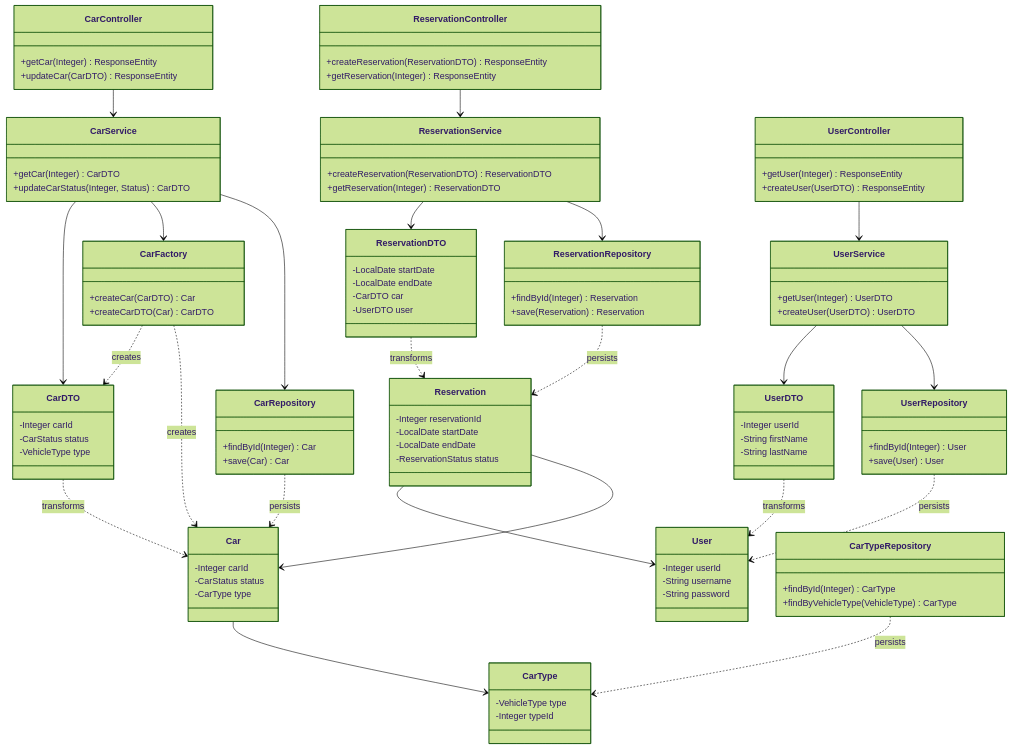
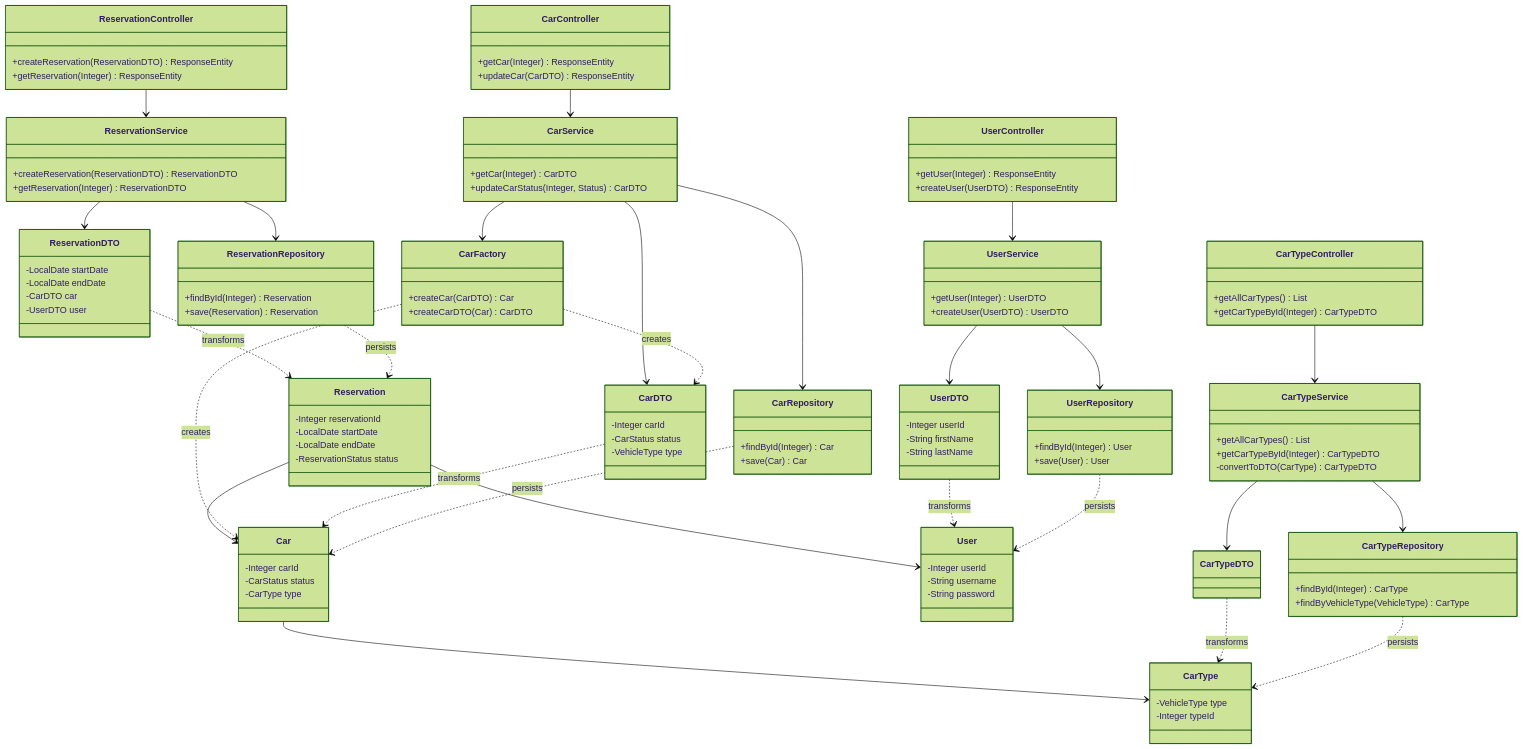
The second of 2 diagrams in README.md (dmickelson/CarRentalProject), drawn with Mermaid (forest theme) before and after one commit. The commit also changed other lines of this file and 3 other files, not shown here.

Commit message:
Added CarType Management UI

```diff
--- a/README.md
+++ b/README.md
@@ -190,6 +192,11 @@
     }
 
     %% Services
+    class CarTypeService {
+        +getAllCarTypes() List<CarTypeDTO>
+        +getCarTypeById(Integer) CarTypeDTO
+        -convertToDTO(CarType) CarTypeDTO
+    }
     class CarService {
         +getCar(Integer) CarDTO
         +updateCarStatus(Integer, Status) CarDTO
@@ -204,6 +211,11 @@
     }
 
     %% Controllers
+    class CarTypeController {
+        +getAllCarTypes() List<CarTypeDTO>
+        +getCarTypeById(Integer) CarTypeDTO
+    }
+
     class CarController {
         +getCar(Integer) ResponseEntity
         +updateCar(CarDTO) ResponseEntity
@@ -228,10 +240,13 @@
     Reservation --> Car
     Reservation --> User
 
+    CarTypeController --> CarTypeService
     CarController --> CarService
     ReservationController --> ReservationService
     UserController --> UserService
 
+    CarTypeService --> CarTypeRepository
+    CarTypeService --> CarTypeDTO
     CarService --> CarRepository
     CarService --> CarFactory
     CarService --> CarDTO
@@ -243,6 +258,7 @@
     CarFactory ..> Car : creates
     CarFactory ..> CarDTO : creates
 
+    CarTypeDTO ..> CarType : transforms
     CarDTO ..> Car : transforms
     ReservationDTO ..> Reservation : transforms
     UserDTO ..> User : transforms
```
